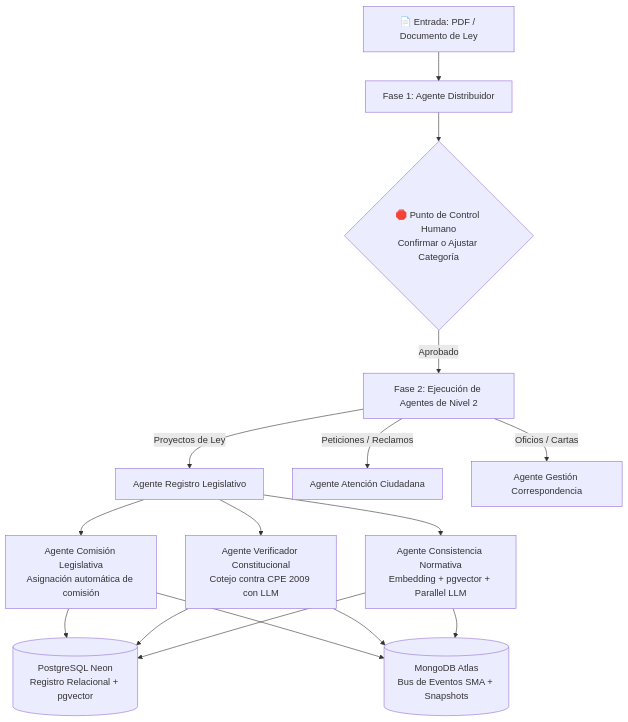
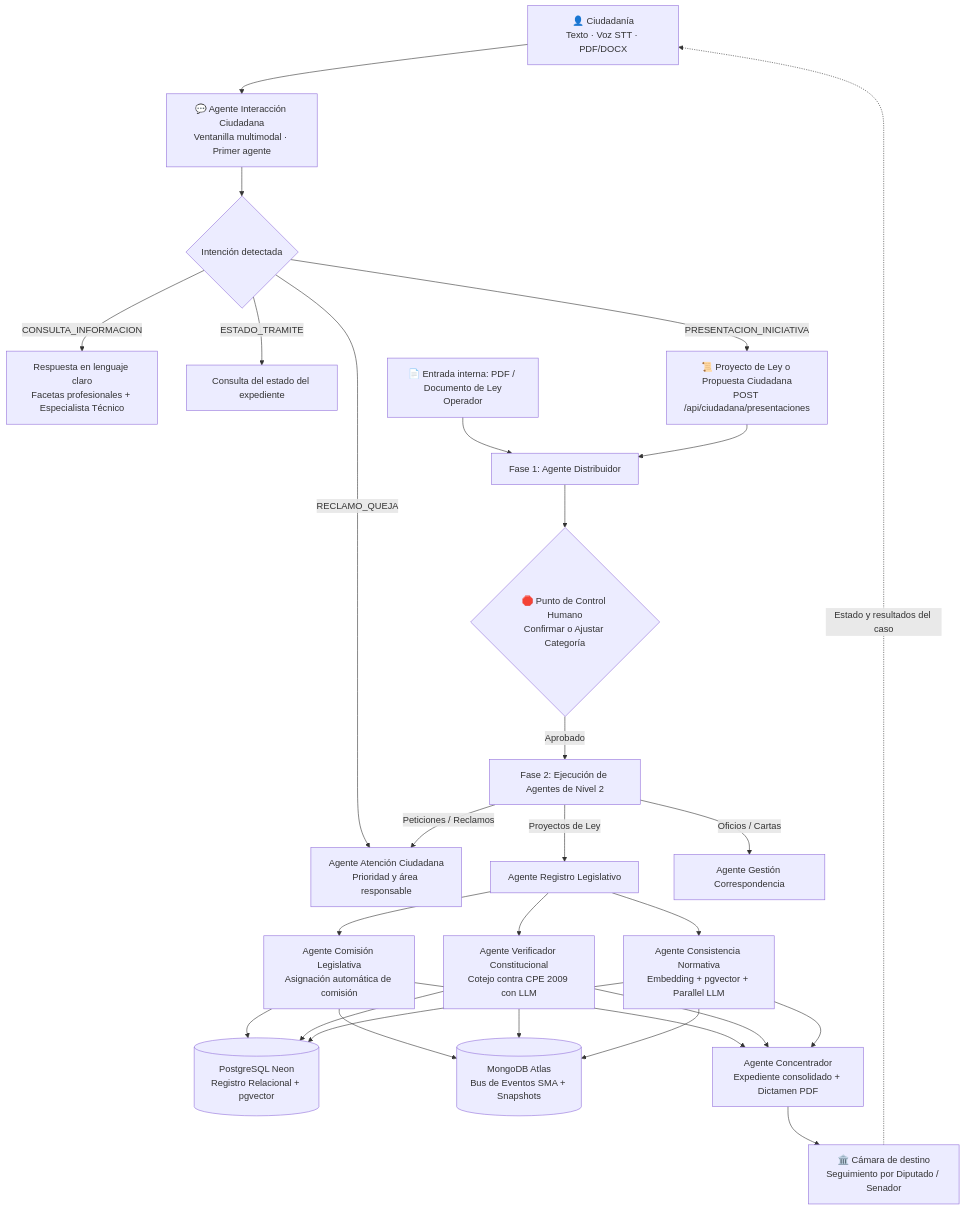
Before and after one commit to JulioArias7200/v2_proyintegrado: the first of 2 diagrams in README.md, drawn with Mermaid. The commit also changed other lines of this file, not shown here.

````diff
--- a/README.md
+++ b/README.md
@@ -13,22 +15,37 @@
 ```mermaid
 flowchart TD
-    A[📄 Entrada: PDF / Documento de Ley] --> B[Fase 1: Agente Distribuidor]
+    CIU[👤 Ciudadanía\nTexto · Voz STT · PDF/DOCX] --> IC[💬 Agente Interacción Ciudadana\nVentanilla multimodal · Primer agente]
+    IC --> INT{Intención detectada}
+
+    INT -->|CONSULTA_INFORMACION| R1[Respuesta en lenguaje claro\nFacetas profesionales + Especialista Técnico]
+    INT -->|ESTADO_TRAMITE| R2[Consulta del estado del expediente]
+    INT -->|RECLAMO_QUEJA| F[Agente Atención Ciudadana\nPrioridad y área responsable]
+    INT -->|PRESENTACION_INICIATIVA| P[📜 Proyecto de Ley o Propuesta Ciudadana\nPOST /api/ciudadana/presentaciones]
+
+    A[📄 Entrada interna: PDF / Documento de Ley\nOperador] --> B
+    P --> B[Fase 1: Agente Distribuidor]
     B --> C{🛑 Punto de Control Humano\nConfirmar o Ajustar Categoría}
     C -->|Aprobado| D[Fase 2: Ejecución de Agentes de Nivel 2]
-    
+
     D -->|Proyectos de Ley| E[Agente Registro Legislativo]
-    D -->|Peticiones / Reclamos| F[Agente Atención Ciudadana]
+    D -->|Peticiones / Reclamos| F
     D -->|Oficios / Cartas| G[Agente Gestión Correspondencia]
 
     E --> H[Agente Comisión Legislativa\nAsignación automática de comisión]
     E --> I[Agente Verificador Constitucional\nCotejo contra CPE 2009 con LLM]
     E --> J[Agente Consistencia Normativa\nEmbedding + pgvector + Parallel LLM]
 
     H --> K[(PostgreSQL Neon\nRegistro Relacional + pgvector)]
     I --> K
     J --> K
-    
+
     H --> L[(MongoDB Atlas\nBus de Eventos SMA + Snapshots)]
     I --> L
     J --> L
+
+    H --> M[Agente Concentrador\nExpediente consolidado + Dictamen PDF]
+    I --> M
+    J --> M
+    M --> N[🏛️ Cámara de destino\nSeguimiento por Diputado / Senador]
+    N -.->|Estado y resultados del caso| CIU
 ```
````
